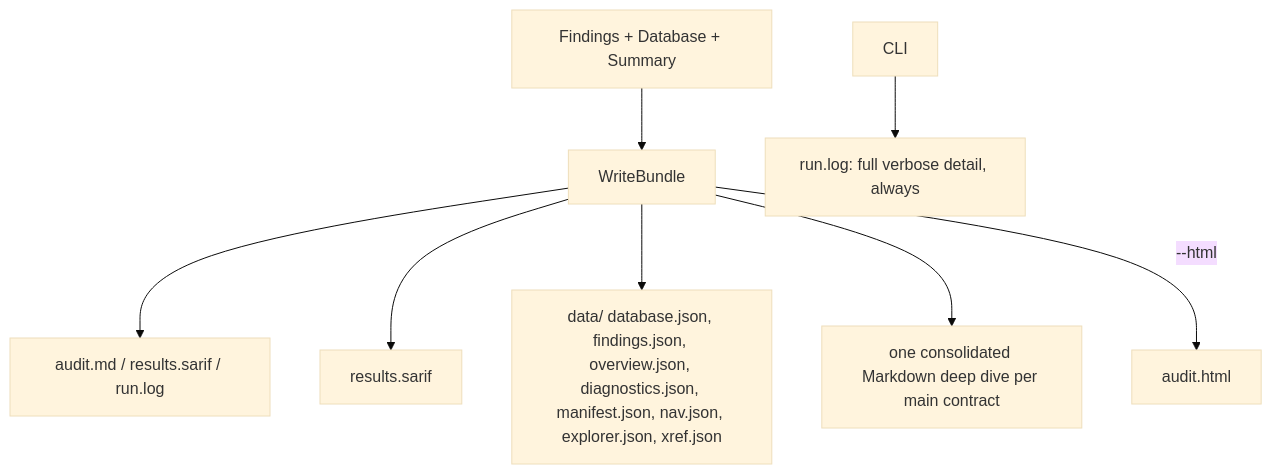
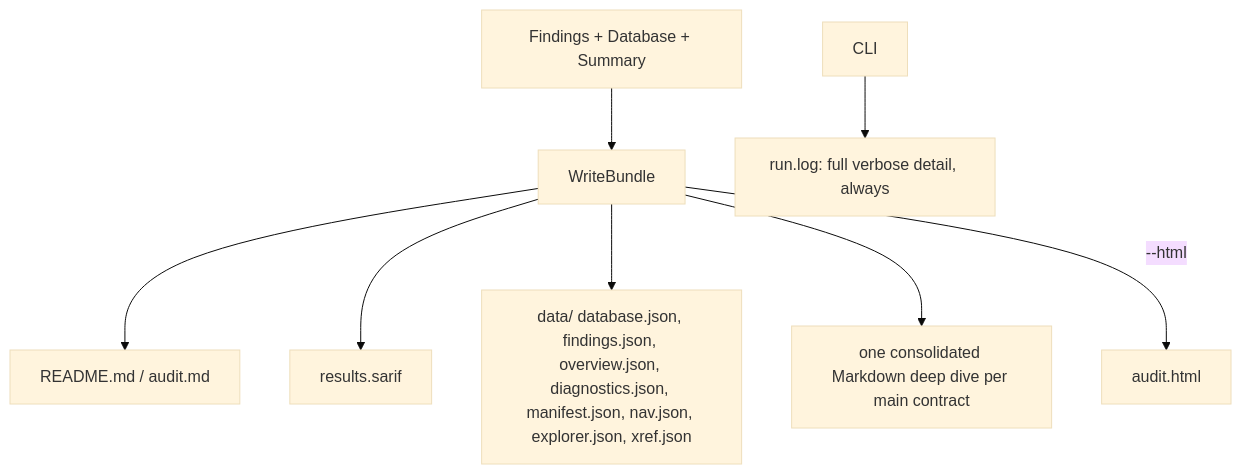
Before and after one commit to th13vn/w3goaudit: the fourth of 8 diagrams in docs/workflows.md, drawn with Mermaid (base theme). The commit also changed other lines of this file and 2 other files, not shown here.

````diff
--- a/docs/workflows.md
+++ b/docs/workflows.md
@@ -263,10 +263,10 @@
 ```mermaid
 graph TD
     A[Findings + Database + Summary] --> B[WriteBundle]
-    B --> C[audit.md / results.sarif / run.log]
+    B --> C[README.md / audit.md]
     B --> D[results.sarif]
     B --> E[data/ database.json, findings.json, overview.json, diagnostics.json, manifest.json, nav.json, explorer.json, xref.json]
     B --> F[one consolidated Markdown deep dive per main contract]
     B -->|--html| G[audit.html]
     H[CLI] --> I[run.log: full verbose detail, always]
 ```
````
